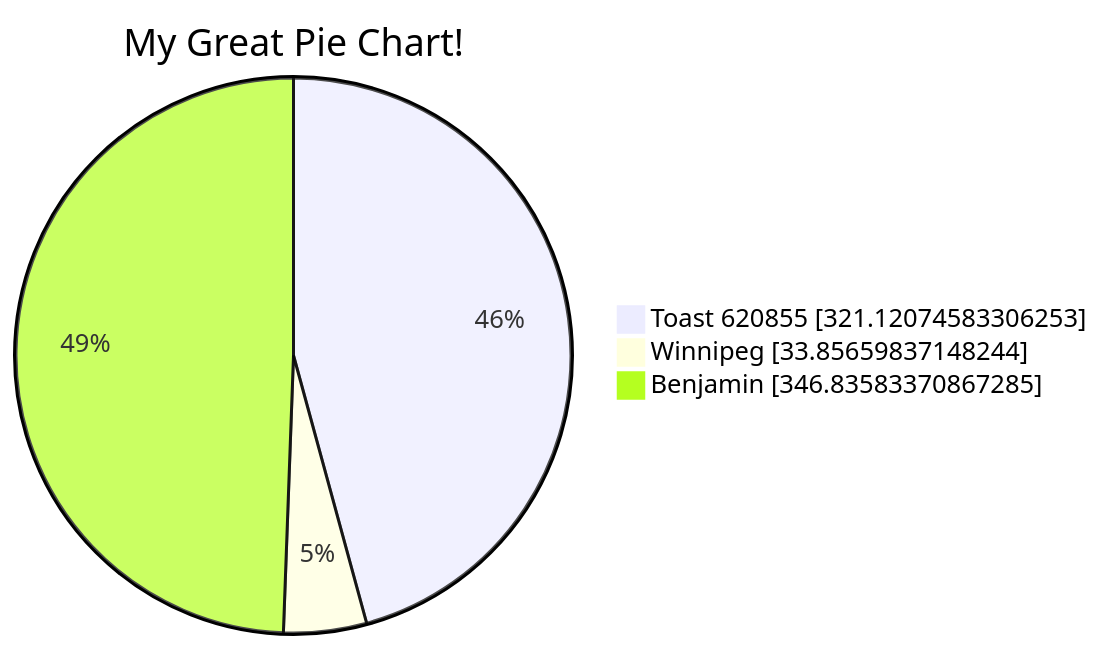
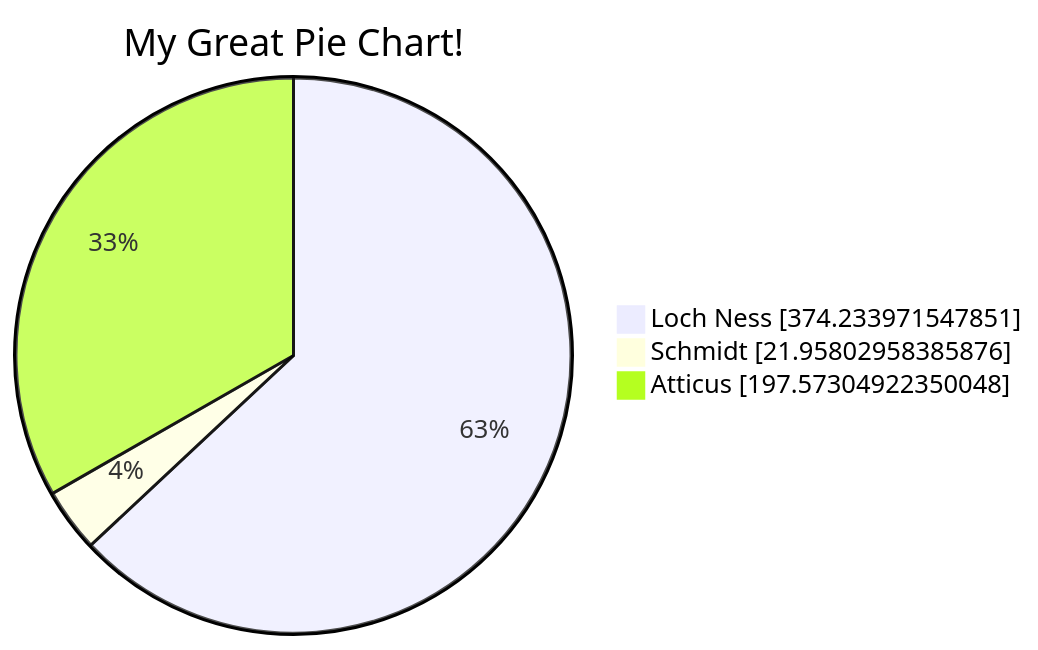
The third of 4 diagrams in Presentations/Interactive-Mermaid-diagrams-generation-via-Markdown-evaluation/Interactive-Mermaid-diagrams-generation-via-Markdown-evaluation.md (antononcube/RakuForPrediction-book), drawn with Mermaid before and after one commit. The commit also changed other lines of this file and 1 other file, not shown here.

Commit message:
docs:Better main diagram.

````diff
--- a/Presentations/Interactive-Mermaid-diagrams-generation-via-Markdown-evaluation/Interactive-Mermaid-diagrams-generation-via-Markdown-evaluation.md
+++ b/Presentations/Interactive-Mermaid-diagrams-generation-via-Markdown-evaluation/Interactive-Mermaid-diagrams-generation-via-Markdown-evaluation.md
@@ -249,7 +253,7 @@
 ```mermaid
 pie showData
  title My Great Pie Chart!
- "Toast 620855" : 321.12074583306253
- "Winnipeg" : 33.85659837148244
- "Benjamin" : 346.83583370867285
+ "Loch Ness" : 374.233971547851
+ "Schmidt" : 21.95802958385876
+ "Atticus" : 197.57304922350048
 ```
````
